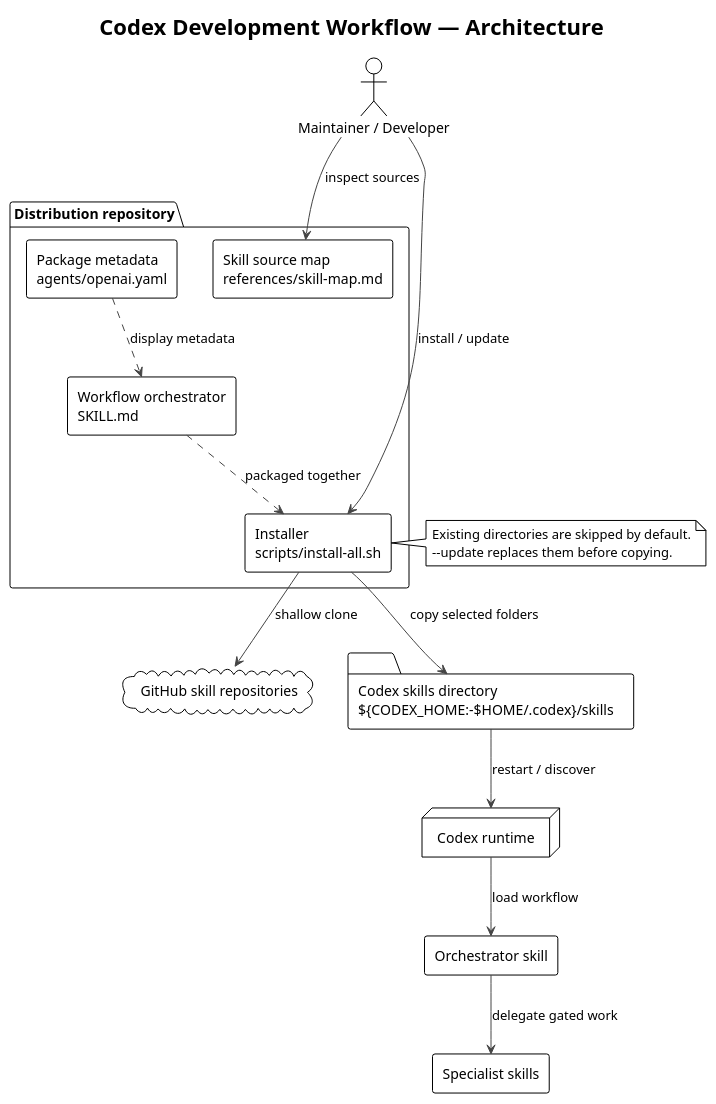
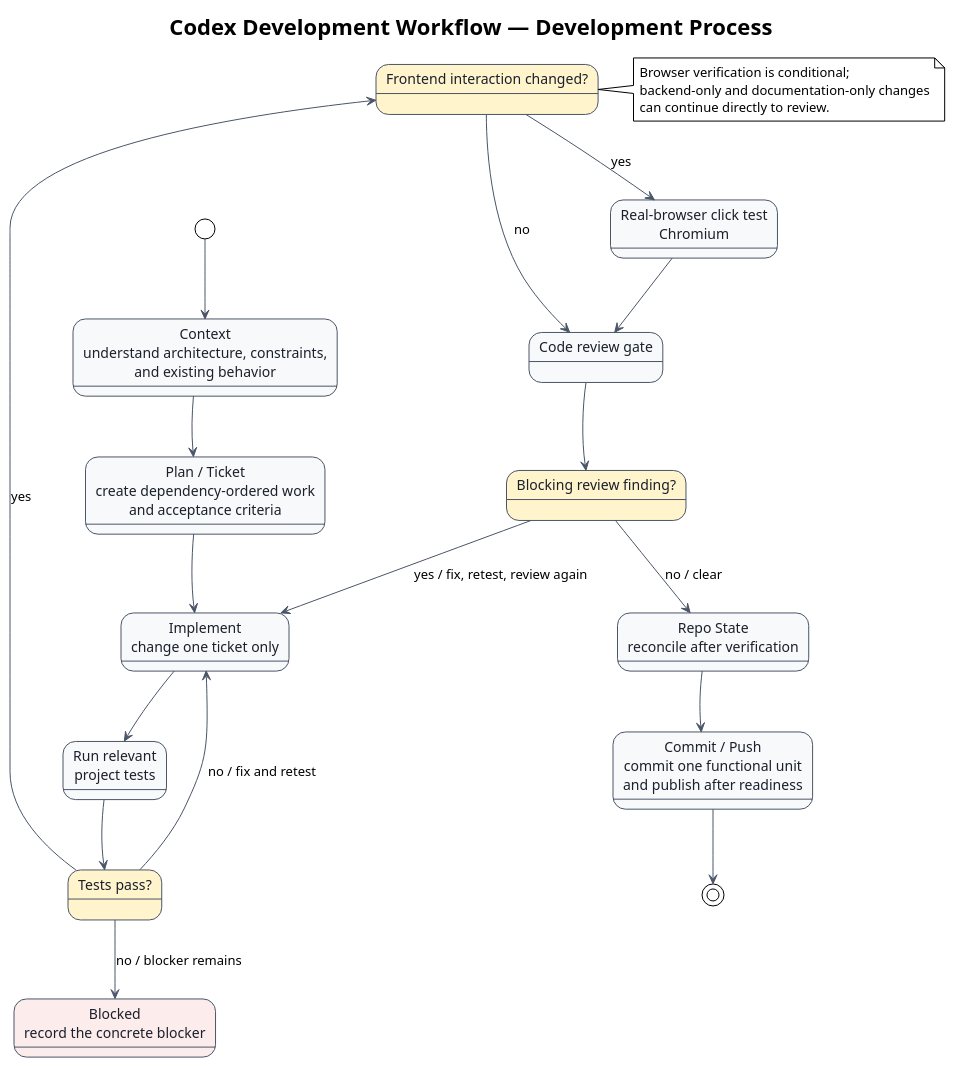
Before and after one commit to i-zrhe2016/codex-development-workflow: the diagram in docs/diagrams/architecture.puml, drawn with PlantUML. The commit also changed 3 other files, not shown here.

Commit message:
docs: center architecture diagram on development flow

```diff
--- a/docs/diagrams/architecture.puml
+++ b/docs/diagrams/architecture.puml
@@ -1,42 +1,61 @@
 @startuml
 !theme plain
 top to bottom direction
 skinparam backgroundColor #FFFFFF
-skinparam componentStyle rectangle
 skinparam defaultFontName Arial
-skinparam ArrowColor #444444
-
-title Codex Development Workflow — Architecture
-
-actor "Maintainer / Developer" as maintainer
-
-package "Distribution repository" {
-  component "Workflow orchestrator\nSKILL.md" as orchestrator
-  component "Installer\nscripts/install-all.sh" as installer
-  component "Skill source map\nreferences/skill-map.md" as skillmap
-  component "Package metadata\nagents/openai.yaml" as metadata
+skinparam ArrowColor #4A5568
+skinparam state {
+  BackgroundColor #F8F9FA
+  BorderColor #4A5568
+  FontColor #1A202C
 }
 
-cloud "GitHub skill repositories" as github
-folder "Codex skills directory\n${CODEX_HOME:-$HOME/.codex}/skills" as skillsdir
-node "Codex runtime" as codex
+title Codex Development Workflow — Development Process
 
-component "Orchestrator skill" as installed_orchestrator
-component "Specialist skills" as specialists
+state "Context\nunderstand architecture, constraints,\nand existing behavior" as context
+state "Plan / Ticket\ncreate dependency-ordered work\nand acceptance criteria" as plan
+state "Implement\nchange one ticket only" as implement
+state "Run relevant\nproject tests" as tests
+state "Tests pass?" as tests_gate #FFF4CC
+state "Frontend interaction changed?" as frontend_gate #FFF4CC
+state "Real-browser click test\nChromium" as browser
+state "Code review gate" as review
+state "Blocking review finding?" as review_gate #FFF4CC
+state "Repo State\nreconcile after verification" as repo_state
+state "Commit / Push\ncommit one functional unit\nand publish after readiness" as publish
+state "Blocked\nrecord the concrete blocker" as blocked #FDECEC
 
-maintainer --> installer : install / update
-maintainer --> skillmap : inspect sources
-installer --> github : shallow clone
-installer --> skillsdir : copy selected folders
-orchestrator ..> installer : packaged together
-metadata ..> orchestrator : display metadata
-skillsdir --> codex : restart / discover
-codex --> installed_orchestrator : load workflow
-installed_orchestrator --> specialists : delegate gated work
+[*] --> context
+context --> plan
+plan --> implement
+implement --> tests
+tests --> tests_gate
+tests_gate --> frontend_gate : yes
+tests_gate --> implement : no / fix and retest
+tests_gate --> blocked : no / blocker remains
+frontend_gate --> browser : yes
+frontend_gate --> review : no
+browser --> review
+review --> review_gate
+review_gate --> repo_state : no / clear
+review_gate --> implement : yes / fix, retest, review again
+repo_state --> publish
+publish --> [*]
 
-note right of installer
-Existing directories are skipped by default.
---update replaces them before copying.
+context -[hidden]down-> plan
+plan -[hidden]down-> implement
+implement -[hidden]down-> tests
+tests -[hidden]down-> tests_gate
+tests_gate -[hidden]down-> frontend_gate
+frontend_gate -[hidden]down-> review
+review -[hidden]down-> review_gate
+review_gate -[hidden]down-> repo_state
+repo_state -[hidden]down-> publish
+
+note right of frontend_gate
+Browser verification is conditional;
+backend-only and documentation-only changes
+can continue directly to review.
 end note
 
 @enduml
```
